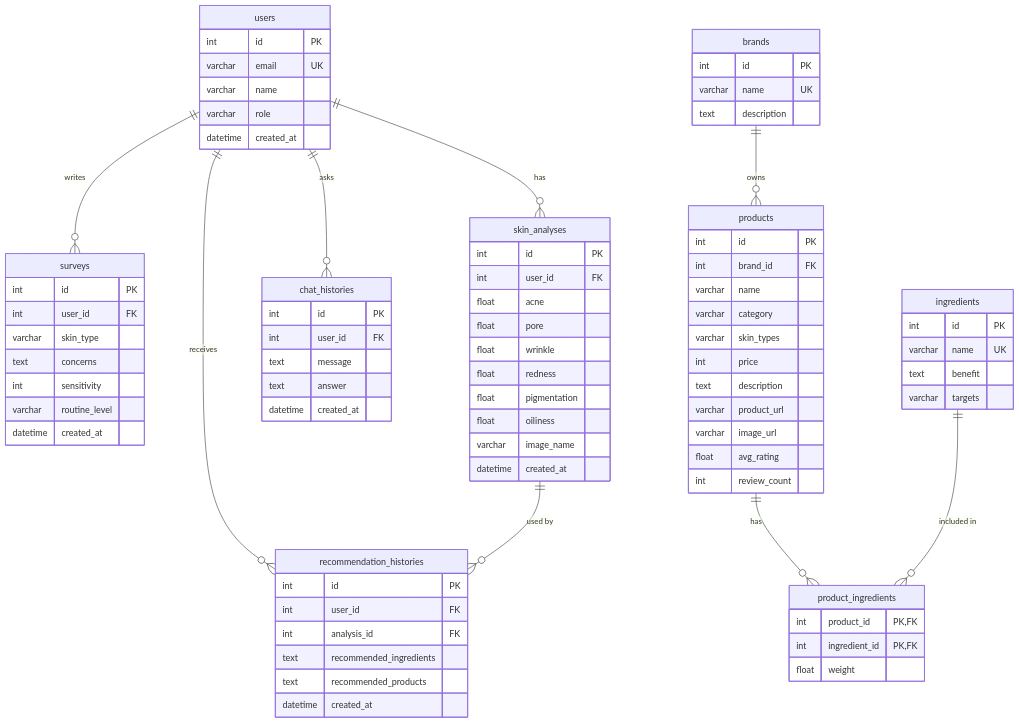
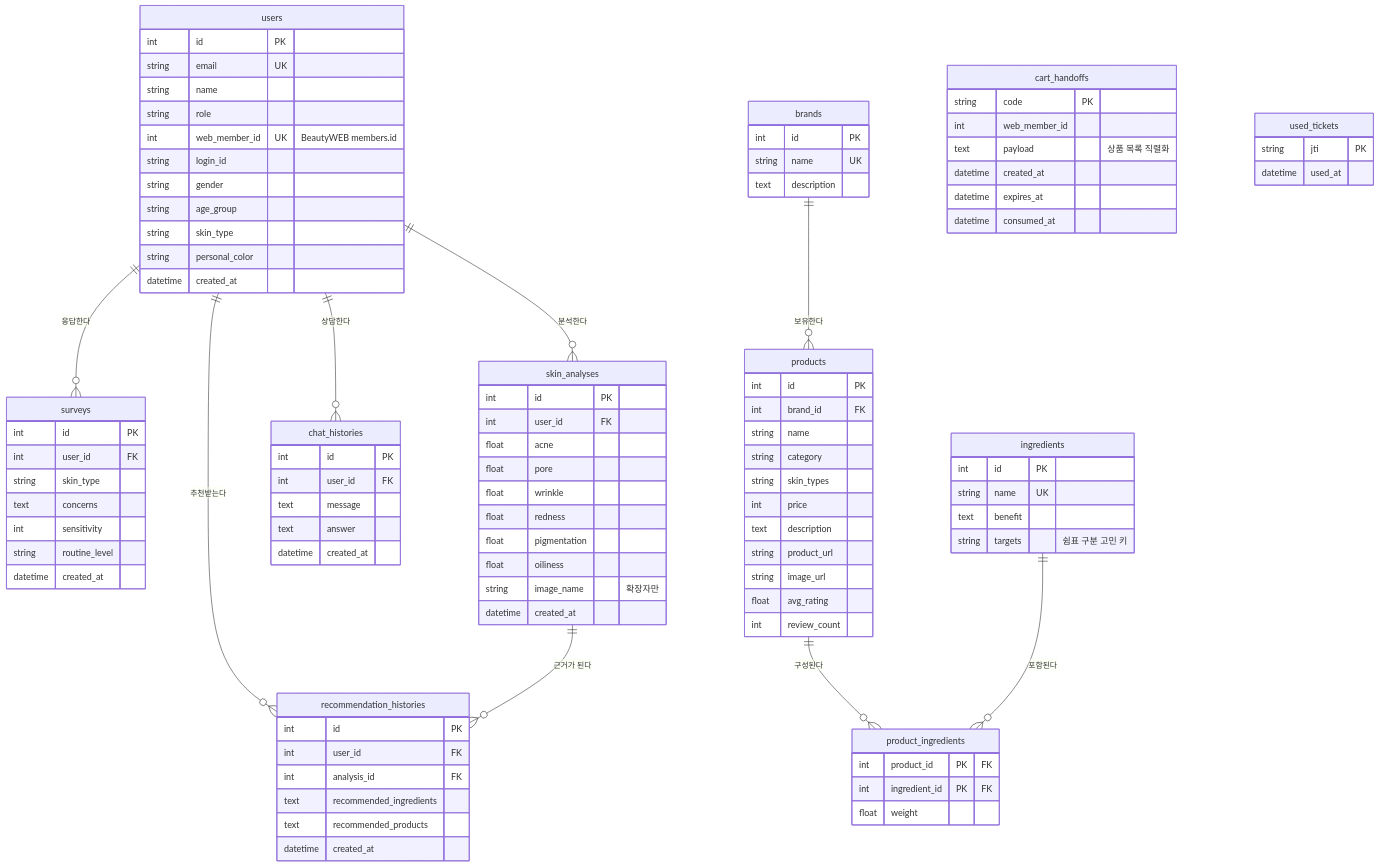
The diagram in docs/AI_ERD.md (LeeDohun-hub/BeautyAI_project), drawn with Mermaid before and after one commit. The commit also changed other lines of this file and 11 other files, not shown here.

````diff
--- a/docs/AI_ERD.md
+++ b/docs/AI_ERD.md
@@ -21,92 +12,113 @@
 ```mermaid
 erDiagram
-  users ||--o{ surveys : "writes"
-  users ||--o{ skin_analyses : "has"
-  users ||--o{ recommendation_histories : "receives"
-  users ||--o{ chat_histories : "asks"
-  brands ||--o{ products : "owns"
-  products ||--o{ product_ingredients : "has"
-  ingredients ||--o{ product_ingredients : "included in"
-  skin_analyses ||--o{ recommendation_histories : "used by"
+    users ||--o{ surveys : "응답한다"
+    users ||--o{ skin_analyses : "분석한다"
+    users ||--o{ recommendation_histories : "추천받는다"
+    users ||--o{ chat_histories : "상담한다"
+    skin_analyses ||--o{ recommendation_histories : "근거가 된다"
 
-  users {
-    int id PK
-    varchar email UK
-    varchar name
-    varchar role
-    datetime created_at
-  }
+    brands ||--o{ products : "보유한다"
+    products ||--o{ product_ingredients : "구성된다"
+    ingredients ||--o{ product_ingredients : "포함된다"
 
-  surveys {
-    int id PK
-    int user_id FK
-    varchar skin_type
-    text concerns
-    int sensitivity
-    varchar routine_level
-    datetime created_at
-  }
+    users {
+        int id PK
+        string email UK
+        string name
+        string role
+        int web_member_id UK "BeautyWEB members.id"
+        string login_id
+        string gender
+        string age_group
+        string skin_type
+        string personal_color
+        datetime created_at
+    }
 
-  skin_analyses {
-    int id PK
-    int user_id FK
-    float acne
-    float pore
-    float wrinkle
-    float redness
-    float pigmentation
-    float oiliness
-    varchar image_name
-    datetime created_at
-  }
+    cart_handoffs {
+        string code PK
+        int web_member_id
+        text payload "상품 목록 직렬화"
+        datetime created_at
+        datetime expires_at
+        datetime consumed_at
+    }
 
-  brands {
-    int id PK
-    varchar name UK
-    text description
-  }
+    used_tickets {
+        string jti PK
+        datetime used_at
+    }
 
-  ingredients {
-    int id PK
-    varchar name UK
-    text benefit
-    varchar targets
-  }
+    surveys {
+        int id PK
+        int user_id FK
+        string skin_type
+        text concerns
+        int sensitivity
+        string routine_level
+        datetime created_at
+    }
 
-  products {
-    int id PK
-    int brand_id FK
-    varchar name
-    varchar category
-    varchar skin_types
-    int price
-    text description
-    varchar product_url
-    varchar image_url
-    float avg_rating
-    int review_count
-  }
+    skin_analyses {
+        int id PK
+        int user_id FK
+        float acne
+        float pore
+        float wrinkle
+        float redness
+        float pigmentation
+        float oiliness
+        string image_name "확장자만"
+        datetime created_at
+    }
 
-  product_ingredients {
-    int product_id PK, FK
-    int ingredient_id PK, FK
-    float weight
-  }
+    brands {
+        int id PK
+        string name UK
+        text description
+    }
 
-  recommendation_histories {
-    int id PK
-    int user_id FK
-    int analysis_id FK
-    text recommended_ingredients
-    text recommended_products
-    datetime created_at
-  }
+    ingredients {
+        int id PK
+        string name UK
+        text benefit
+        string targets "쉼표 구분 고민 키"
+    }
 
-  chat_histories {
-    int id PK
-    int user_id FK
-    text message
-    text answer
-    datetime created_at
-  }
+    products {
+        int id PK
+        int brand_id FK
+        string name
+        string category
+        string skin_types
+        int price
+        text description
+        string product_url
+        string image_url
+        float avg_rating
+        int review_count
+    }
+
+    product_ingredients {
+        int product_id PK "FK"
+        int ingredient_id PK "FK"
+        float weight
+    }
+
+    recommendation_histories {
+        int id PK
+        int user_id FK
+        int analysis_id FK
+        text recommended_ingredients
+        text recommended_products
+        datetime created_at
+    }
+
+    chat_histories {
+        int id PK
+        int user_id FK
+        text message
+        text answer
+        datetime created_at
+    }
 ```
````
